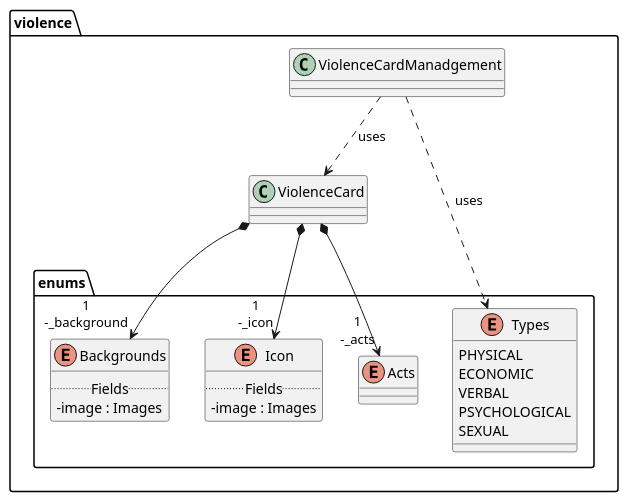
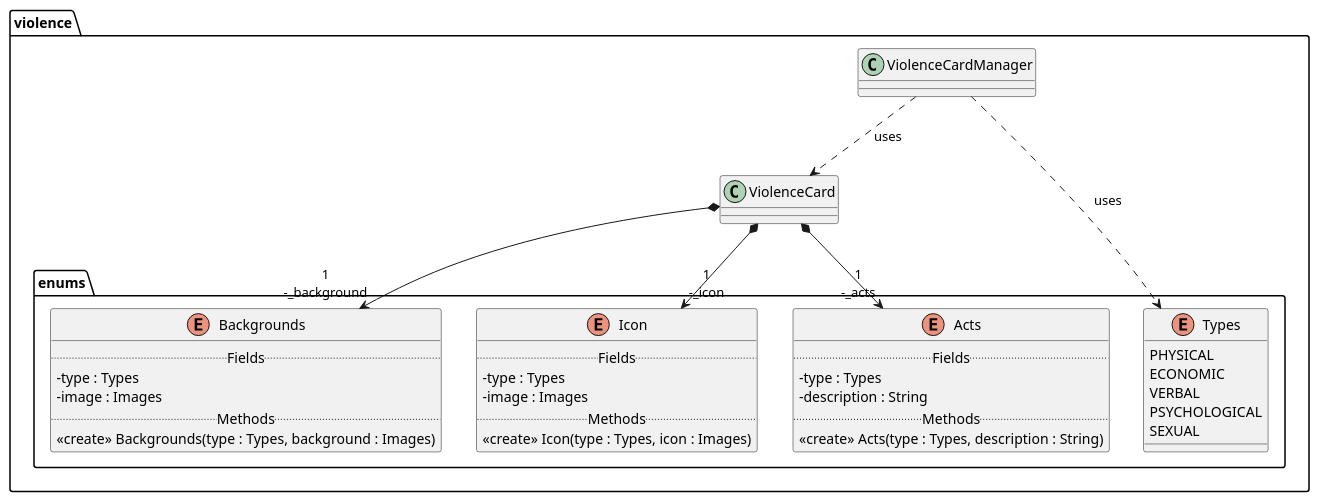
Before and after one commit to DimToups/Serious-game-about-violence: the diagram in src/main/uml/DCC_violences.puml, drawn with PlantUML. The commit also changed 5 other files, not shown here.

Commit message:
:sparkles: add enum ViolenceCard

```diff
--- a/src/main/uml/DCC_violences.puml
+++ b/src/main/uml/DCC_violences.puml
@@ -1,31 +1,43 @@
 @startuml
 skinparam classAttributeIconSize 0
 
 package violence{
     class ViolenceCard
-    class ViolenceCardManadgement
+    class ViolenceCardManager
     package enums {
         enum Types{
             PHYSICAL
             ECONOMIC
             VERBAL
             PSYCHOLOGICAL
             SEXUAL
         }
         enum Backgrounds{
             ..Fields..
+            - type : Types
             - image : Images
+            ..Methods..
+            <<create>> Backgrounds(type : Types, background : Images)
         }
         enum Icon{
             ..Fields..
+            - type : Types
             - image : Images
+            ..Methods..
+            <<create>> Icon(type : Types, icon : Images)
         }
-        enum Acts
+        enum Acts{
+        ..Fields..
+        - type : Types
+        - description : String
+        ..Methods..
+        <<create>> Acts(type : Types, description : String)
+        }
     }
 }
 violence.ViolenceCard *-->"1\n-_icon" violence.enums.Icon
 violence.ViolenceCard *-->"1\n-_background" violence.enums.Backgrounds
 violence.ViolenceCard *-->"1\n-_acts" violence.enums.Acts
-violence.ViolenceCardManadgement ..> violence.ViolenceCard : uses
-violence.ViolenceCardManadgement ..> violence.enums.Types : uses
+violence.ViolenceCardManager ..> violence.ViolenceCard : uses
+violence.ViolenceCardManager ..> violence.enums.Types : uses
 @enduml
```
